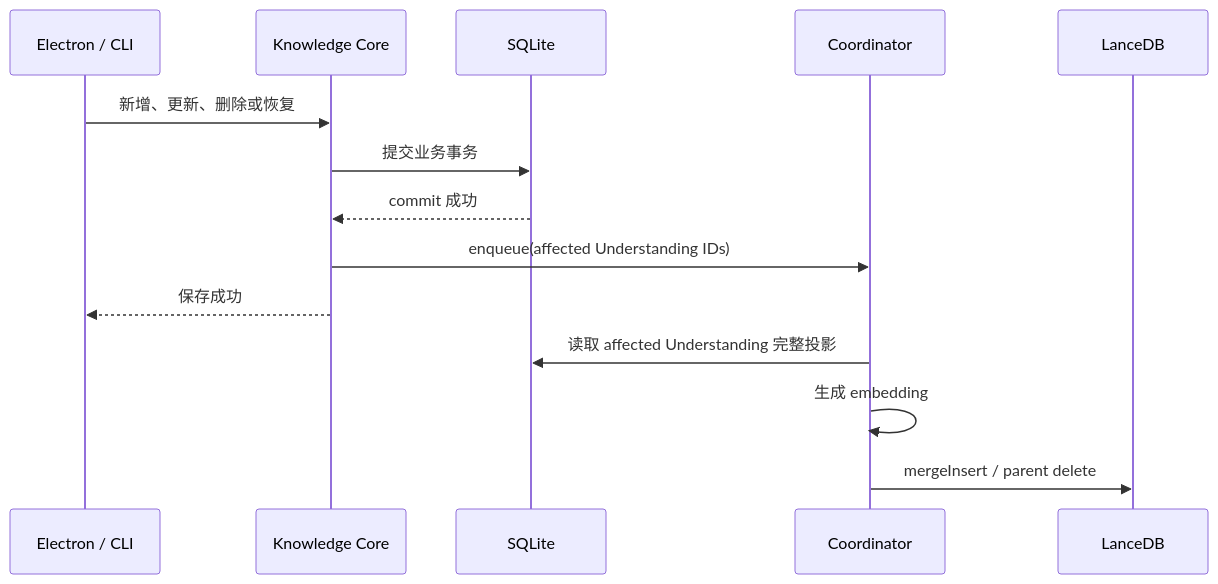
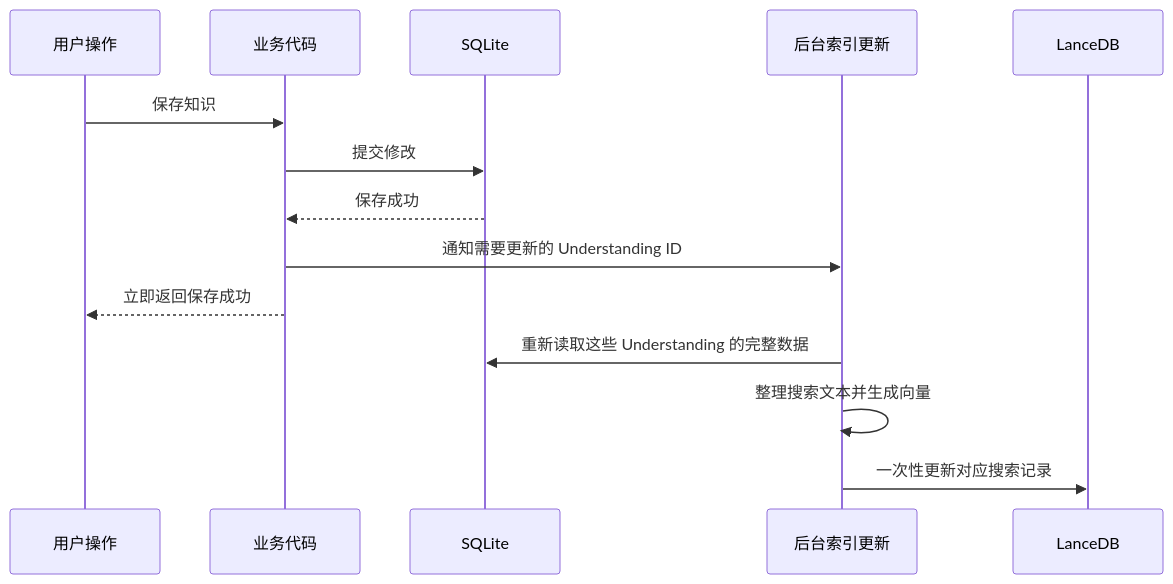
One commit to Floribunda1/reflecta changed the second of 2 diagrams in docs/references/technical/rag.md. Above: the diagram before and after it, drawn with Mermaid. The commit also changed other lines of this file and 1 other file, not shown here.

````diff
--- a/docs/references/technical/rag.md
+++ b/docs/references/technical/rag.md
@@ -84,17 +90,17 @@
 ```mermaid
 sequenceDiagram
-    participant Caller as Electron / CLI
-    participant Core as Knowledge Core
-    participant SQLite
-    participant Coordinator
-    participant LanceDB
+    participant User as 用户操作
+    participant App as 业务代码
+    participant DB as SQLite
+    participant Background as 后台索引更新
+    participant Search as LanceDB
 
-    Caller->>Core: 新增、更新、删除或恢复
-    Core->>SQLite: 提交业务事务
-    SQLite-->>Core: commit 成功
-    Core->>Coordinator: enqueue(affected Understanding IDs)
-    Core-->>Caller: 保存成功
-    Coordinator->>SQLite: 读取 affected Understanding 完整投影
-    Coordinator->>Coordinator: 生成 embedding
-    Coordinator->>LanceDB: mergeInsert / parent delete
+    User->>App: 保存知识
+    App->>DB: 提交修改
+    DB-->>App: 保存成功
+    App->>Background: 通知需要更新的 Understanding ID
+    App-->>User: 立即返回保存成功
+    Background->>DB: 重新读取这些 Understanding 的完整数据
+    Background->>Background: 整理搜索文本并生成向量
+    Background->>Search: 一次性更新对应搜索记录
 ```
````
